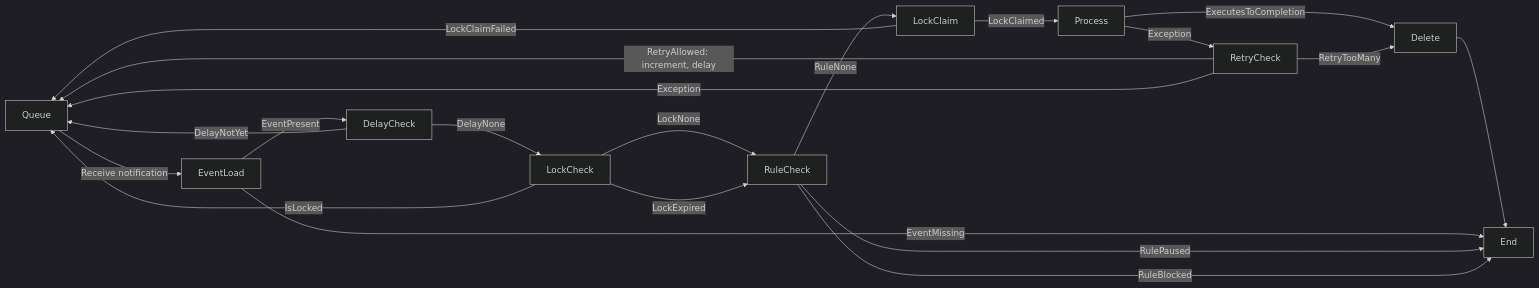
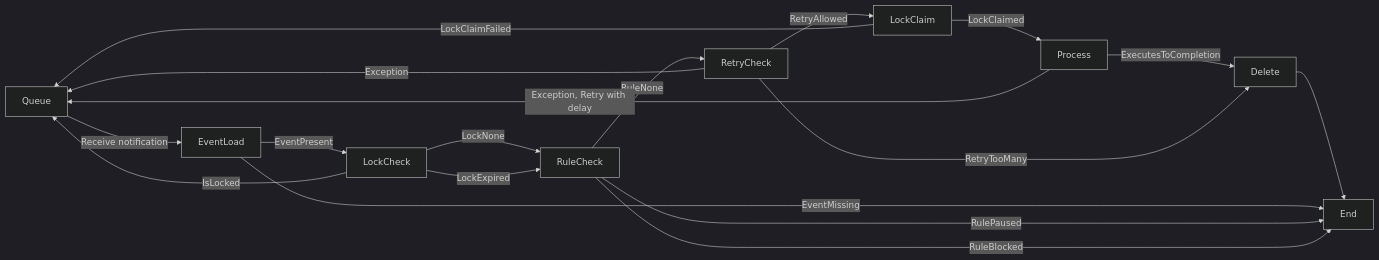
One commit to darklang/dark changed the diagram in docs/eventsV2.md. Above: the diagram before and after it, drawn with Mermaid (dark theme). The commit also changed other lines of this file, not shown here.

````diff
--- a/docs/eventsV2.md
+++ b/docs/eventsV2.md
@@ -226,52 +221,48 @@
 ```mermaid
 graph LR
   %% # Happy path
   %% Load
   Queue -->|Receive notification| EventLoad
-  EventLoad --> |EventPresent| DelayCheck
+  EventLoad --> |EventPresent| LockCheck
 
   %% Checks
-  %% LockCheck, DelayCheck and RuleCheck are all required before we do a LockClaim.
+  %% LockCheck and RuleCheck are required before we do a LockClaim.
   %% It's not essential that they are run in any particular order: since LockClaim does
   %% not happen in the same transaction of LockCheck, we can't rely on it anyway. So we
   %% just do these in the most convenient order based on when the information is
   %% loaded.
-  DelayCheck -->|DelayNone| LockCheck
   LockCheck -->|LockNone| RuleCheck
   LockCheck -->|LockExpired| RuleCheck
-  RuleCheck -->|RuleNone| LockClaim
+  RuleCheck -->|RuleNone| RetryCheck
+  RetryCheck --> |RetryAllowed| LockClaim
 
   %% Running
   LockClaim --> |LockClaimed| Process
   Process --> |ExecutesToCompletion| Delete
   Delete --> End
 
   %% Error checking
 
   %% This means the event was completed, so don't requeue
   EventLoad -->|EventMissing| End
 
   %% Presumably someone else is running this, but let's reenqueue this to be safe.
   LockCheck -->|IsLocked| Queue
 
-  %% We got this too early, so reenqueue it.
-  DelayCheck -->|DelayNotYet| Queue
-
   %% Drop the notification, we'll reload it upon unpause/unblock
   RuleCheck -->|RulePaused| End
   RuleCheck -->|RuleBlocked| End
 
   %% There's another besides us, no harm requeuing
   LockClaim --> |LockClaimFailed| Queue
 
   %% Retries are allowed
-  Process --> |Exception| RetryCheck
-  RetryCheck --> |RetryAllowed: increment, delay| Queue
+  Process --> |Exception, Retry with delay| Queue
 
   %% That's enough retries, we're done
   RetryCheck --> |RetryTooMany| Delete
 
   %% Don't know what's wrong, must be another worker running it. This will probably
   %% be dropped on the next iteration.
   RetryCheck --> |Exception| Queue
 ```
````
